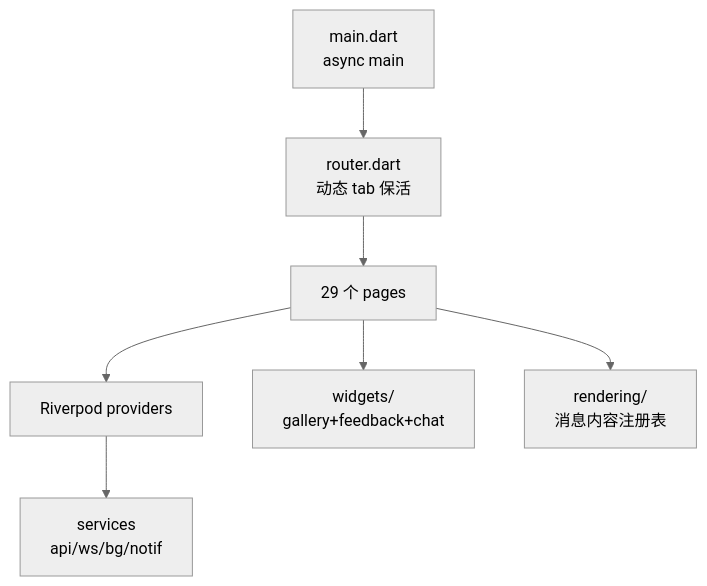
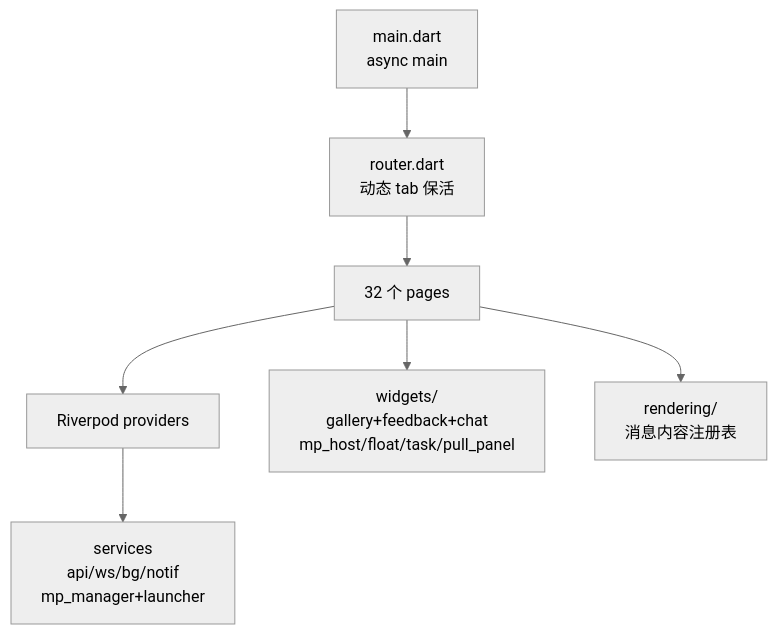
One commit to luoyu318/wanling changed the diagram in app/CLAUDE.md. Above: the diagram before and after it, drawn with Mermaid (neutral theme). The commit also changed 9 other files, not shown here.

````diff
--- a/app/CLAUDE.md
+++ b/app/CLAUDE.md
@@ -35,16 +35,16 @@
 ```mermaid
 flowchart TB
     MAIN[main.dart<br/>async main]
     ROUTER[router.dart<br/>动态 tab 保活]
-        PAGES[29 个 pages]
+        PAGES[32 个 pages]
     PROVIDERS[Riverpod providers]
-    SERVICES[services<br/>api/ws/bg/notif]
-    WIDGETS[widgets/<br/>gallery+feedback+chat]
+    SERVICES[services<br/>api/ws/bg/notif<br/>mp_manager+launcher]
+    WIDGETS[widgets/<br/>gallery+feedback+chat<br/>mp_host/float/task/pull_panel]
     RENDER[rendering/<br/>消息内容注册表]
     
     MAIN --> ROUTER --> PAGES
     PAGES --> PROVIDERS
     PROVIDERS --> SERVICES
     PAGES --> WIDGETS
     PAGES --> RENDER
 ```
````
